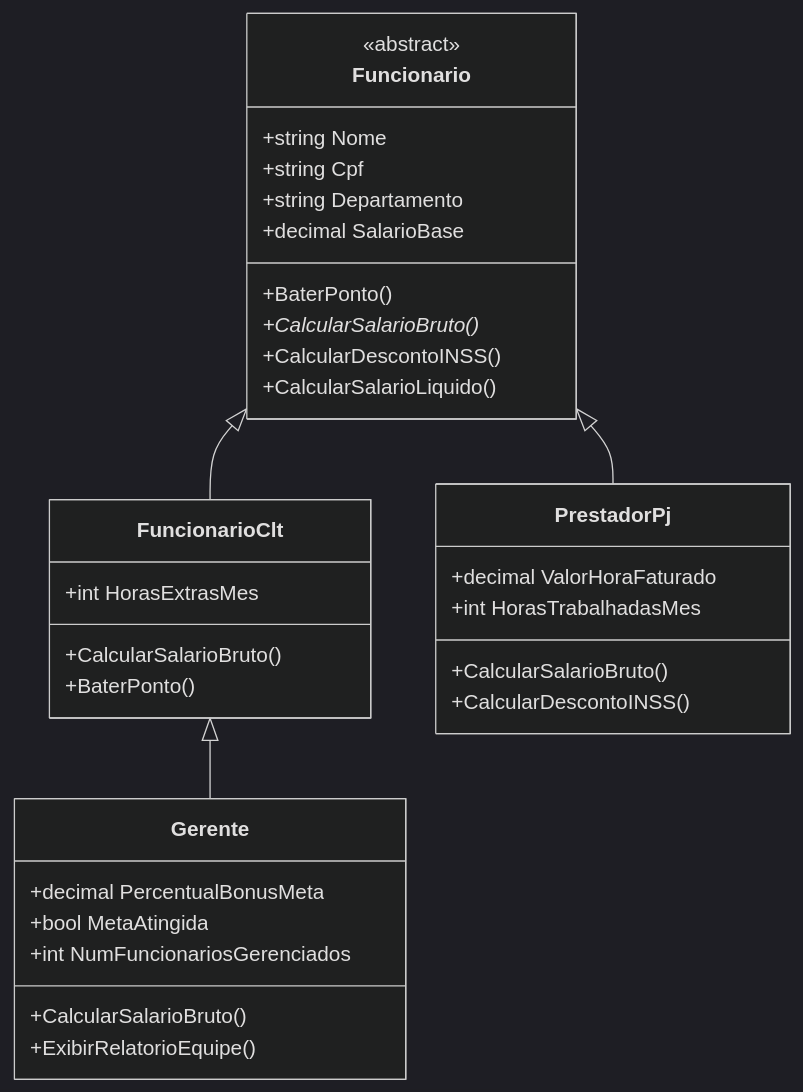
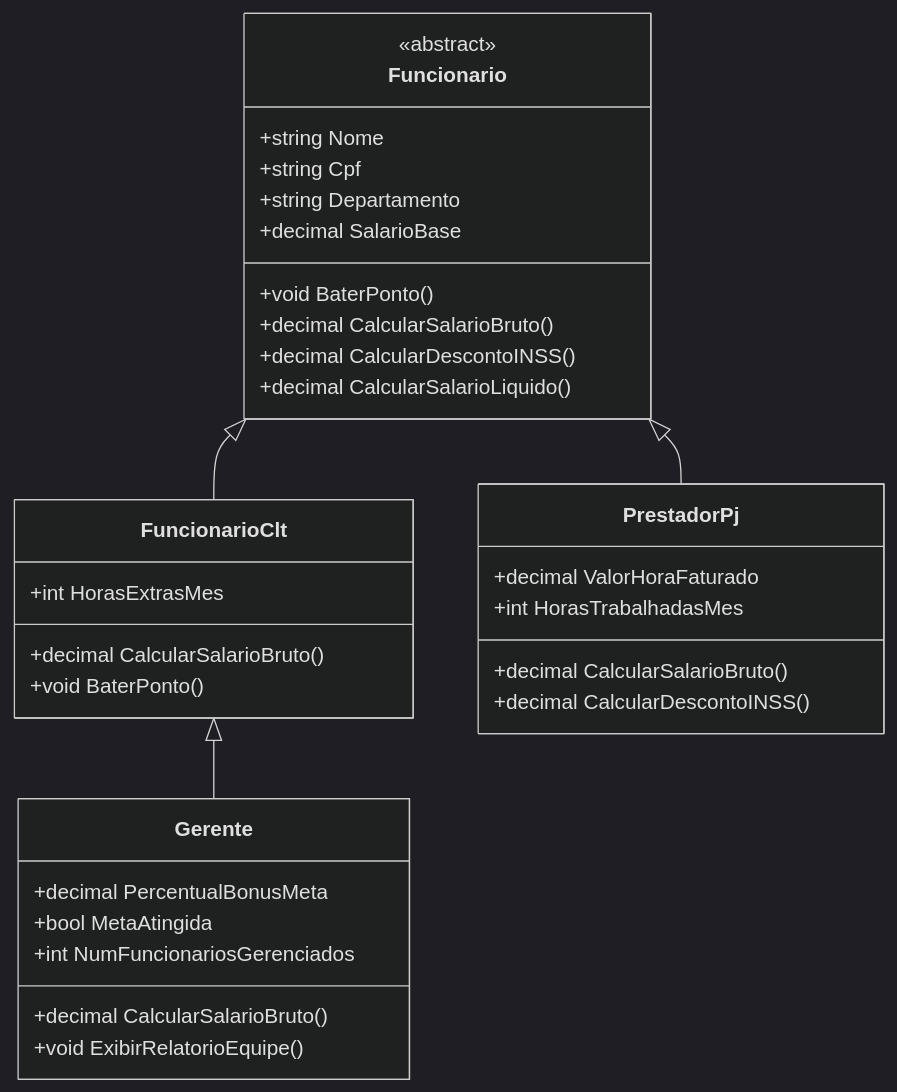
The second of 4 diagrams in 02-programacao/csharp/03-orientacao-objetos/GUIA-DIDATICO.md (luiscarlosjunior/aulas-graduacao), drawn with Mermaid (dark theme) before and after one commit. The commit also changed other lines of this file and 1 other file, not shown here.

First line of the commit message:
docs: refinar diagramas e links do guia

````diff
--- a/02-programacao/csharp/03-orientacao-objetos/GUIA-DIDATICO.md
+++ b/02-programacao/csharp/03-orientacao-objetos/GUIA-DIDATICO.md
@@ -165,39 +165,39 @@
 ```mermaid
 classDiagram
     class Funcionario {
         <<abstract>>
         +string Nome
         +string Cpf
         +string Departamento
         +decimal SalarioBase
-        +BaterPonto()
-        +CalcularSalarioBruto()*
-        +CalcularDescontoINSS()
-        +CalcularSalarioLiquido()
+        +void BaterPonto()
+        +decimal CalcularSalarioBruto()
+        +decimal CalcularDescontoINSS()
+        +decimal CalcularSalarioLiquido()
     }
 
     class FuncionarioClt {
         +int HorasExtrasMes
-        +CalcularSalarioBruto()
-        +BaterPonto()
+        +decimal CalcularSalarioBruto()
+        +void BaterPonto()
     }
 
     class Gerente {
         +decimal PercentualBonusMeta
         +bool MetaAtingida
         +int NumFuncionariosGerenciados
-        +CalcularSalarioBruto()
-        +ExibirRelatorioEquipe()
+        +decimal CalcularSalarioBruto()
+        +void ExibirRelatorioEquipe()
     }
 
     class PrestadorPj {
         +decimal ValorHoraFaturado
         +int HorasTrabalhadasMes
-        +CalcularSalarioBruto()
-        +CalcularDescontoINSS()
+        +decimal CalcularSalarioBruto()
+        +decimal CalcularDescontoINSS()
     }
 
     Funcionario <|-- FuncionarioClt
     FuncionarioClt <|-- Gerente
     Funcionario <|-- PrestadorPj
 ```
````
